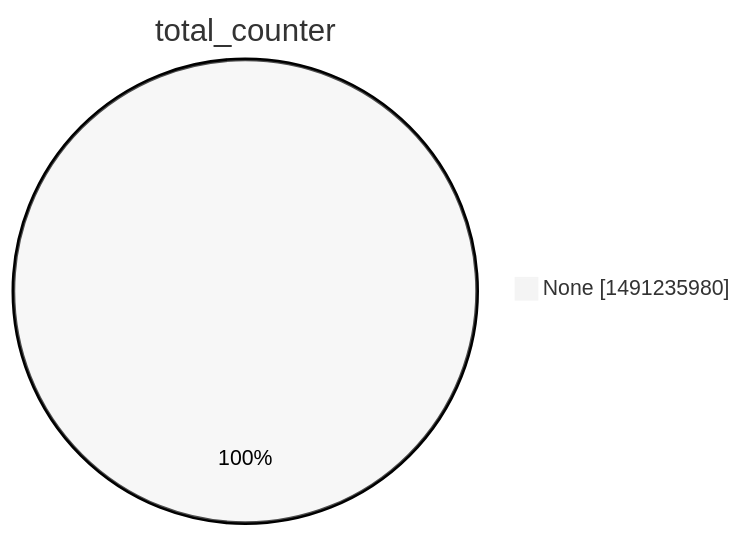
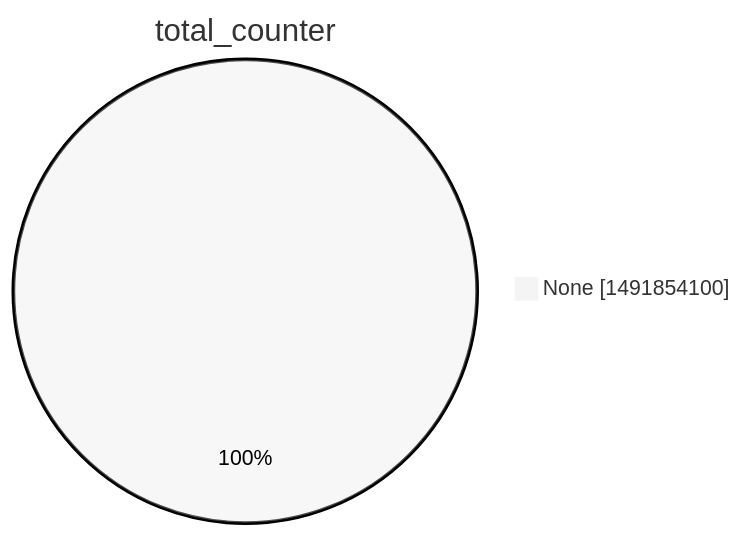
Before and after one commit to christiankrug/ctmonitor_visualization: the second of 15 diagrams in argon2022/README.md, drawn with Mermaid (neutral theme). The commit also changed other lines of this file, not shown here.

````diff
--- a/argon2022/README.md
+++ b/argon2022/README.md
@@ -9,5 +9,5 @@
 ```mermaid
 pie showData
 title total_counter
-"None" :1491235980
+"None" :1491854100
 ```
````
